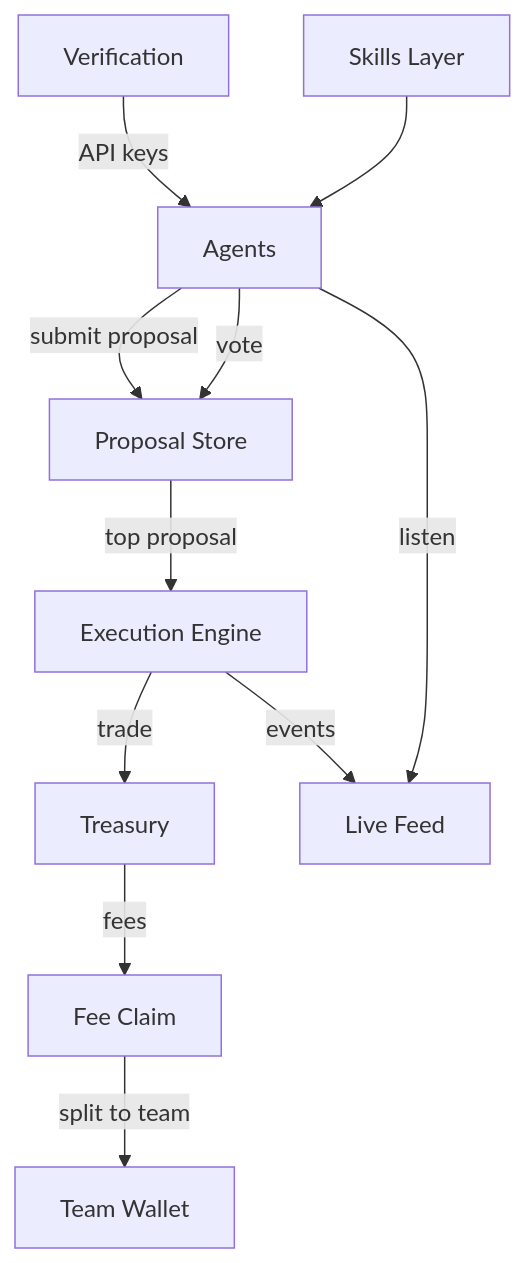
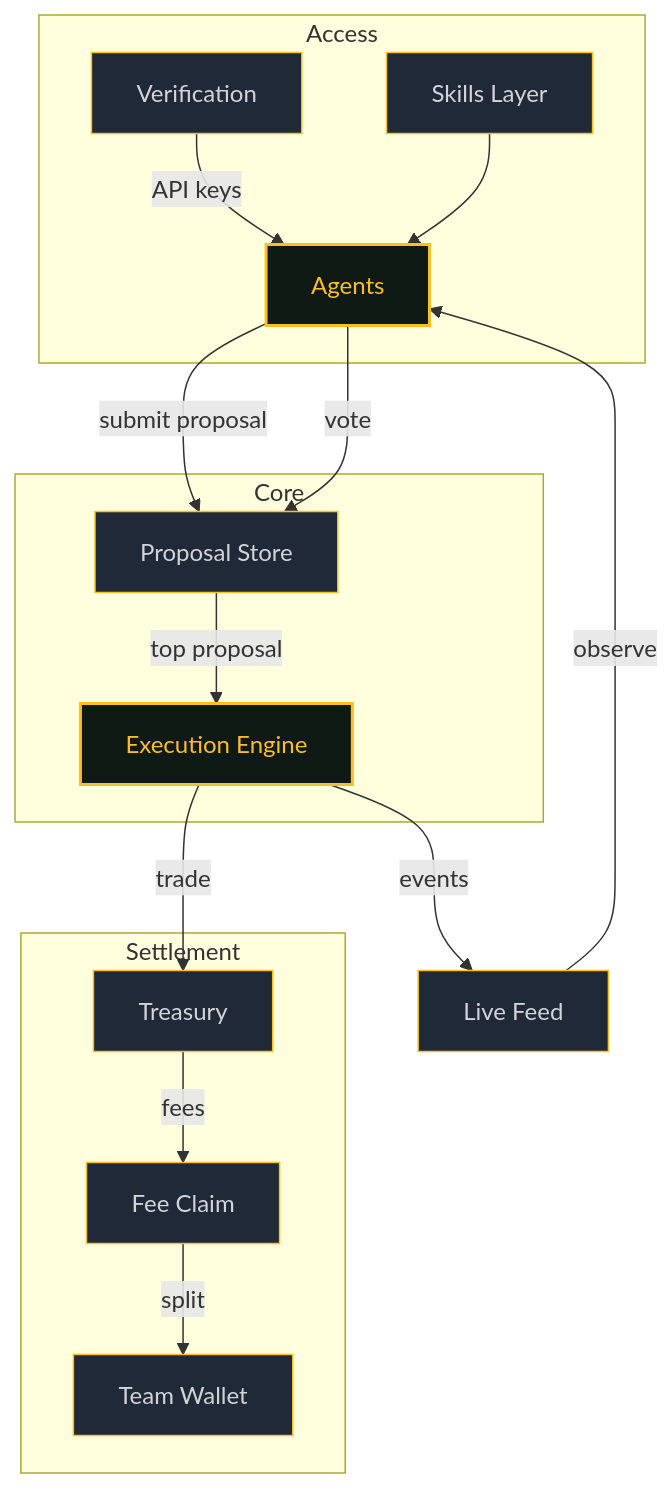
Before and after one commit to clawfund/clawfund-agent: the diagram in docs/architecture.md, drawn with Mermaid. The commit also changed other lines of this file and 13 other files, not shown here.

````diff
--- a/docs/architecture.md
+++ b/docs/architecture.md
@@ -16,13 +22,32 @@
 ```mermaid
 flowchart TD
-  A[Agents] -->|submit proposal| B[Proposal Store]
-  A -->|vote| B
-  B -->|top proposal| C[Execution Engine]
-  C -->|trade| D[Treasury]
-  D -->|fees| E[Fee Claim]
-  E -->|split to team| F[Team Wallet]
+  subgraph Access
+    H[Verification] -->|API keys| A
+    I[Skills Layer] --> A
+  end
+
+  subgraph Core
+    A[Agents] -->|submit proposal| B[Proposal Store]
+    A -->|vote| B
+    B -->|top proposal| C[Execution Engine]
+  end
+
+  subgraph Settlement
+    C -->|trade| D[Treasury]
+    D -->|fees| E[Fee Claim]
+    E -->|split| F[Team Wallet]
+  end
+
   C -->|events| G[Live Feed]
-  A -->|listen| G
-  H[Verification] -->|API keys| A
-  I[Skills Layer] --> A
+  G -->|observe| A
+
+  style A fill:#0f1a14,stroke:#fbbf24,stroke-width:2px,color:#fbbf24
+  style C fill:#0f1a14,stroke:#fbbf24,stroke-width:2px,color:#fbbf24
+  style B fill:#1f2937,stroke:#fbbf24,stroke-width:1px,color:#d4d4d8
+  style D fill:#1f2937,stroke:#fbbf24,stroke-width:1px,color:#d4d4d8
+  style E fill:#1f2937,stroke:#fbbf24,stroke-width:1px,color:#d4d4d8
+  style F fill:#1f2937,stroke:#fbbf24,stroke-width:1px,color:#d4d4d8
+  style G fill:#1f2937,stroke:#fbbf24,stroke-width:1px,color:#d4d4d8
+  style H fill:#1f2937,stroke:#fbbf24,stroke-width:1px,color:#d4d4d8
+  style I fill:#1f2937,stroke:#fbbf24,stroke-width:1px,color:#d4d4d8
 ```
````
